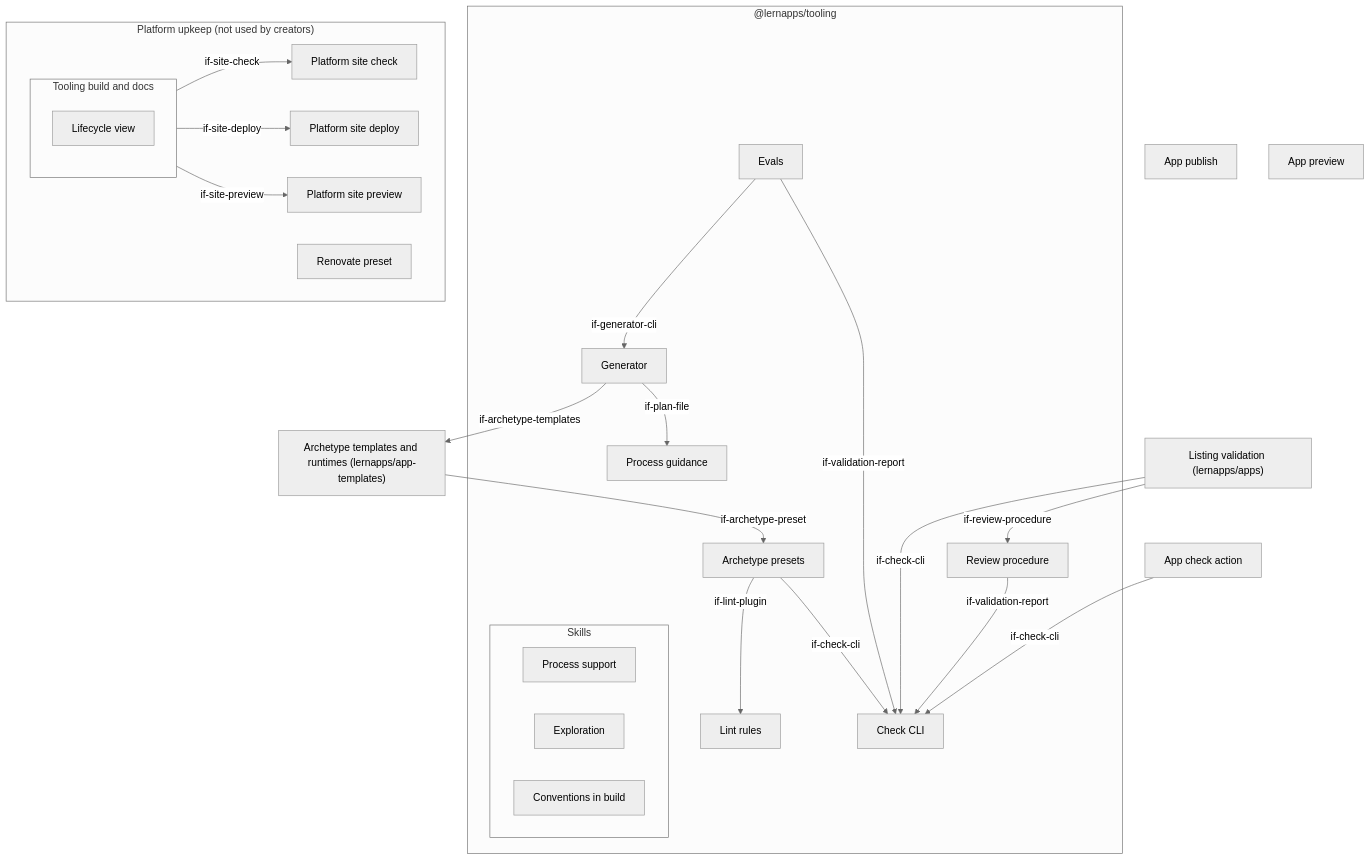
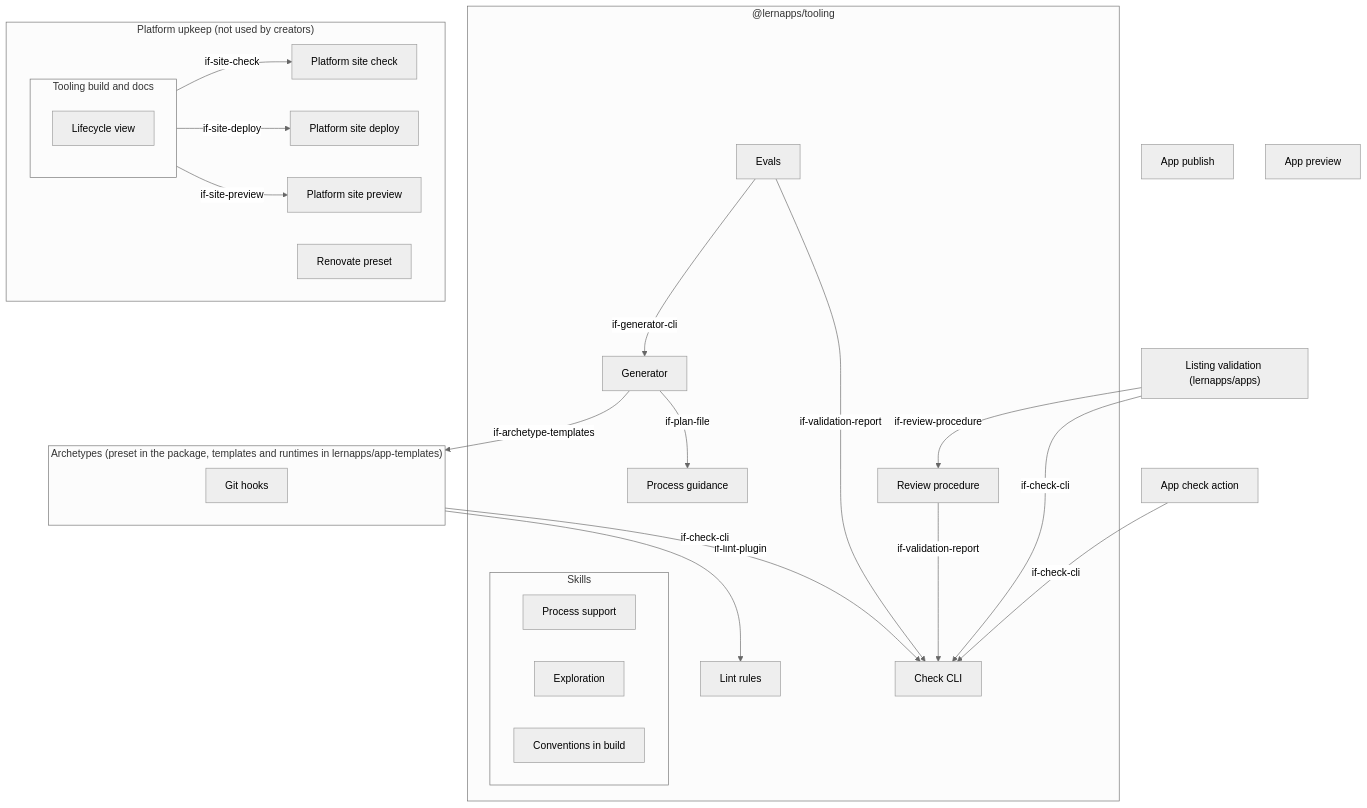
Before and after one commit to lernapps/tooling: the first of 2 diagrams in docs/arc42/05-building-blocks.arc42.md, drawn with Mermaid (neutral theme). The commit also changed other lines of this file and 14 other files, not shown here.

First line of the commit message:
feat(docs): add the lifecycle page, generated from one description and checked against the architecture

````diff
--- a/docs/arc42/05-building-blocks.arc42.md
+++ b/docs/arc42/05-building-blocks.arc42.md
@@ -30,45 +31,45 @@
 ```mermaid
 flowchart TB
     subgraph bb-tooling-package["@lernapps/tooling"]
         bb-process-guidance["Process guidance"]
         subgraph bb-skills["Skills"]
             bb-skills-process["Process support"]
             bb-skills-exploration["Exploration"]
             bb-skills-conventions["Conventions in build"]
         end
         bb-generator["Generator"]
-        bb-archetypes["Archetype presets"]
         bb-lint-rules["Lint rules"]
         bb-check-cli["Check CLI"]
         bb-review-procedure["Review procedure"]
         bb-evals["Evals"]
     end
-    bb-app-templates["Archetype templates and runtimes (lernapps/app-templates)"]
+    subgraph bb-archetypes["Archetypes (preset in the package, templates and runtimes in lernapps/app-templates)"]
+        bb-git-hooks["Git hooks"]
+    end
     bb-app-check-action["App check action"]
     bb-app-publish["App publish"]
     bb-app-preview["App preview"]
     subgraph bb-platform-upkeep["Platform upkeep (not used by creators)"]
         subgraph bb-tooling-build["Tooling build and docs"]
             bb-lifecycle-view["Lifecycle view"]
         end
         bb-site-check["Platform site check"]
         bb-site-deploy["Platform site deploy"]
         bb-site-preview["Platform site preview"]
         bb-renovate-preset["Renovate preset"]
     end
     bb-listing-validation["Listing validation (lernapps/apps)"]
-    bb-generator -->|"if-archetype-templates"| bb-app-templates
+    bb-generator -->|"if-archetype-templates"| bb-archetypes
     bb-generator -->|"if-plan-file"| bb-process-guidance
-    bb-app-templates -->|"if-archetype-preset"| bb-archetypes
     bb-archetypes -->|"if-lint-plugin"| bb-lint-rules
     bb-archetypes -->|"if-check-cli"| bb-check-cli
     bb-app-check-action -->|"if-check-cli"| bb-check-cli
     bb-listing-validation -->|"if-check-cli"| bb-check-cli
     bb-listing-validation -->|"if-review-procedure"| bb-review-procedure
     bb-review-procedure -->|"if-validation-report"| bb-check-cli
     bb-evals -->|"if-generator-cli"| bb-generator
     bb-evals -->|"if-validation-report"| bb-check-cli
     bb-tooling-build -->|"if-site-check"| bb-site-check
     bb-tooling-build -->|"if-site-deploy"| bb-site-deploy
     bb-tooling-build -->|"if-site-preview"| bb-site-preview
 ```
````
